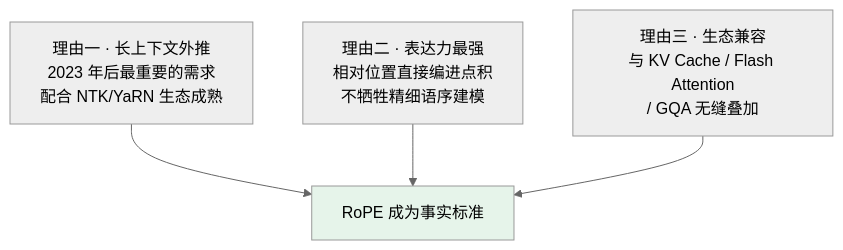
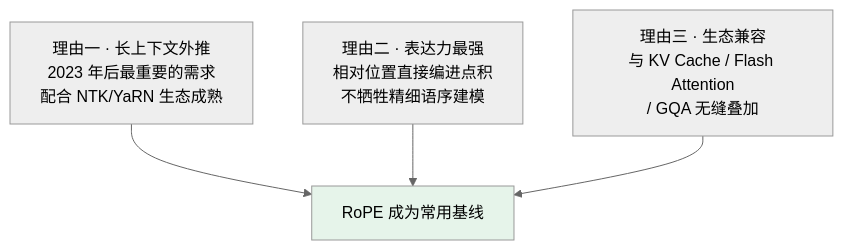
One commit to oneleaveknowsthefall/awesome-ai-roadmap changed the second of 2 diagrams in docs/llm/04-position-encoding.md. Above: the diagram before and after it, drawn with Mermaid (neutral theme). The commit also changed other lines of this file and 77 other files, not shown here.

Commit message:
docs: audit and modernize the AI roadmap

````diff
--- a/docs/llm/04-position-encoding.md
+++ b/docs/llm/04-position-encoding.md
@@ -191,12 +191,12 @@
 ```mermaid
 flowchart TB
     R1["理由一 · 长上下文外推<br/>2023 年后最重要的需求<br/>配合 NTK/YaRN 生态成熟"]
     R2["理由二 · 表达力最强<br/>相对位置直接编进点积<br/>不牺牲精细语序建模"]
     R3["理由三 · 生态兼容<br/>与 KV Cache / Flash Attention<br/>/ GQA 无缝叠加"]
 
-    R1 --> WIN["RoPE 成为事实标准"]
+    R1 --> WIN["RoPE 成为常用基线"]
     R2 --> WIN
     R3 --> WIN
 
     style WIN fill:#e6f4ea
 ```
````
